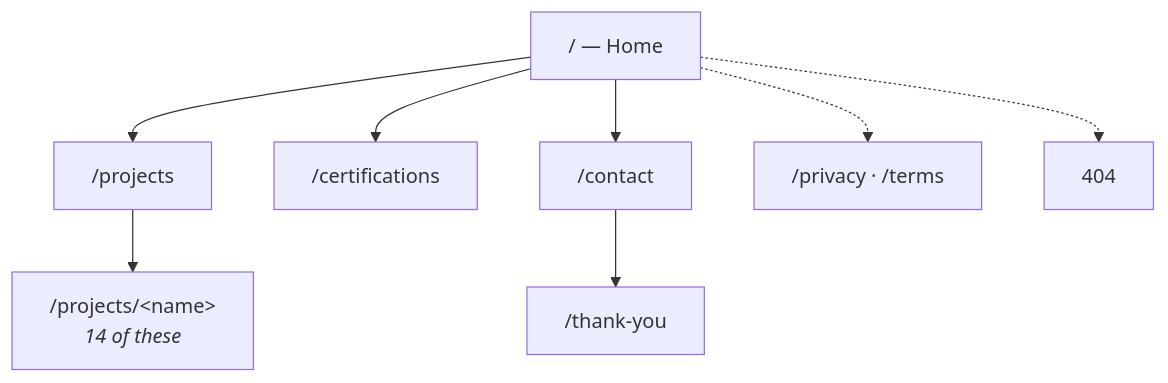
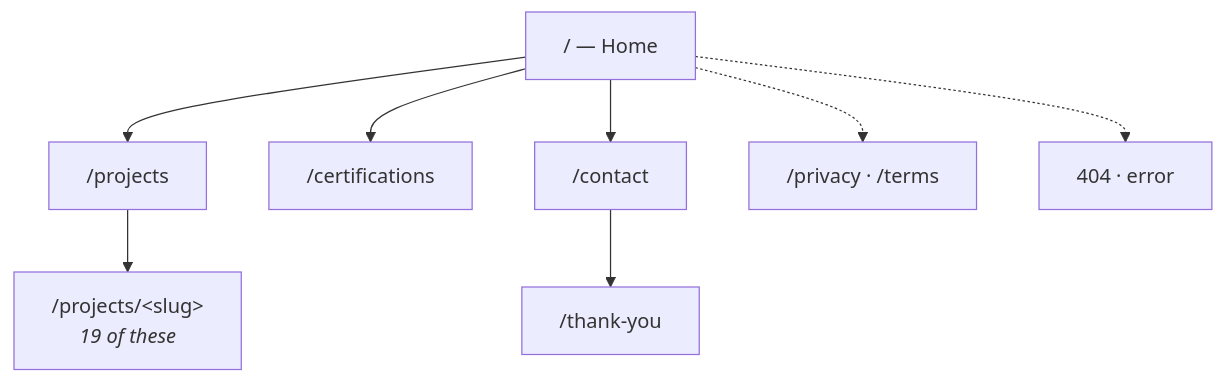
One commit to Srinivasan-78/srinivasan-78.github.io changed the third of 8 diagrams in README.md. Above: the diagram before and after it, drawn with Mermaid. The commit also changed other lines of this file, not shown here.

Commit message:
Update README.md to reflect enhanced portfolio details and clarify project architecture

````diff
--- a/README.md
+++ b/README.md
@@ -131,17 +132,17 @@
 ```mermaid
 flowchart TD
     H["/ — Home"]
     P["/projects"]
-    PD["/projects/&lt;name&gt;<br/><i>14 of these</i>"]
+    PD["/projects/&lt;slug&gt;<br/><i>19 of these</i>"]
     C["/certifications"]
     K["/contact"]
     T["/thank-you"]
     L["/privacy · /terms"]
-    E["404"]
+    E["404 · error"]
 
     H --> P --> PD
     H --> C
     H --> K --> T
     H -.-> L
     H -.-> E
 ```
````
